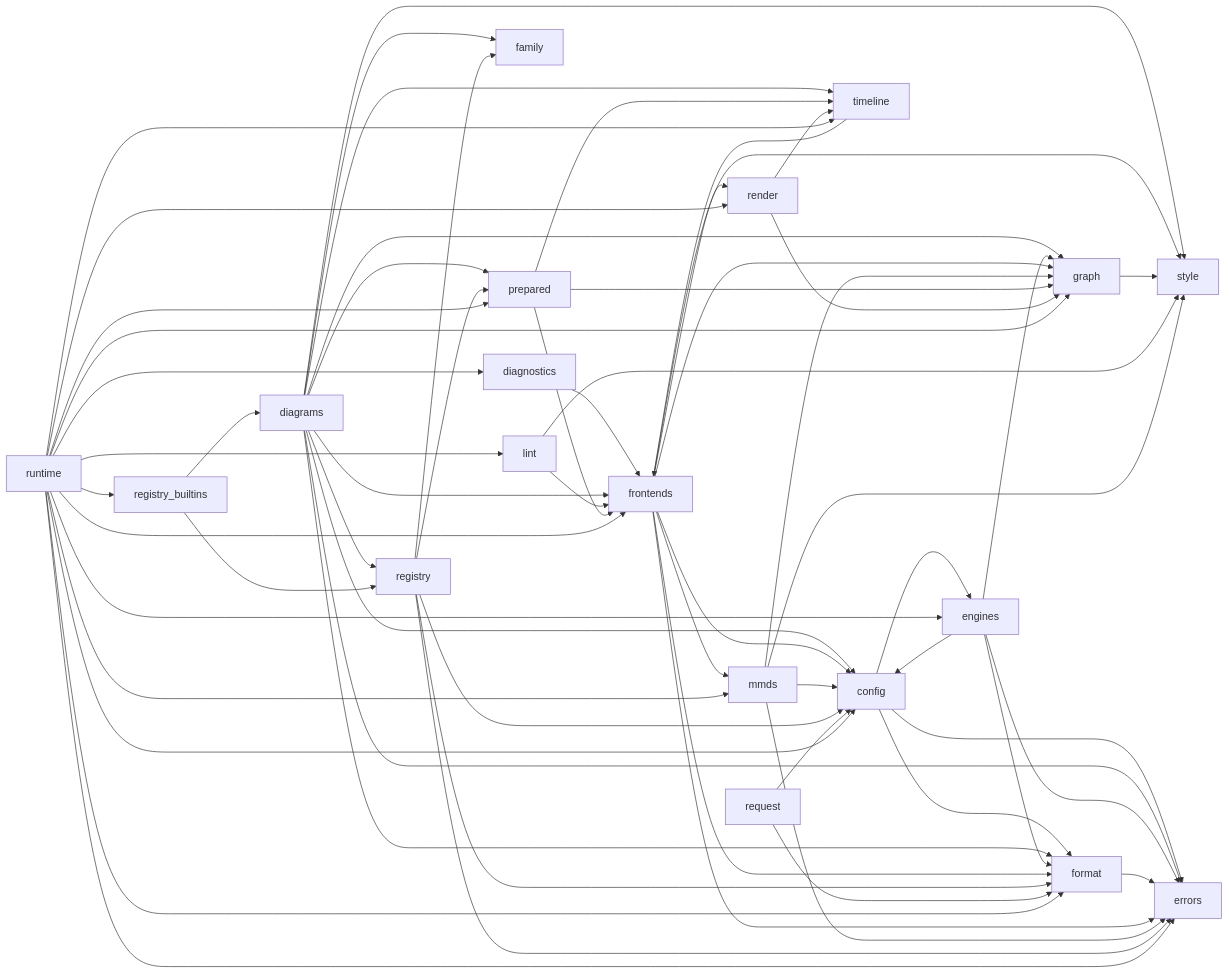
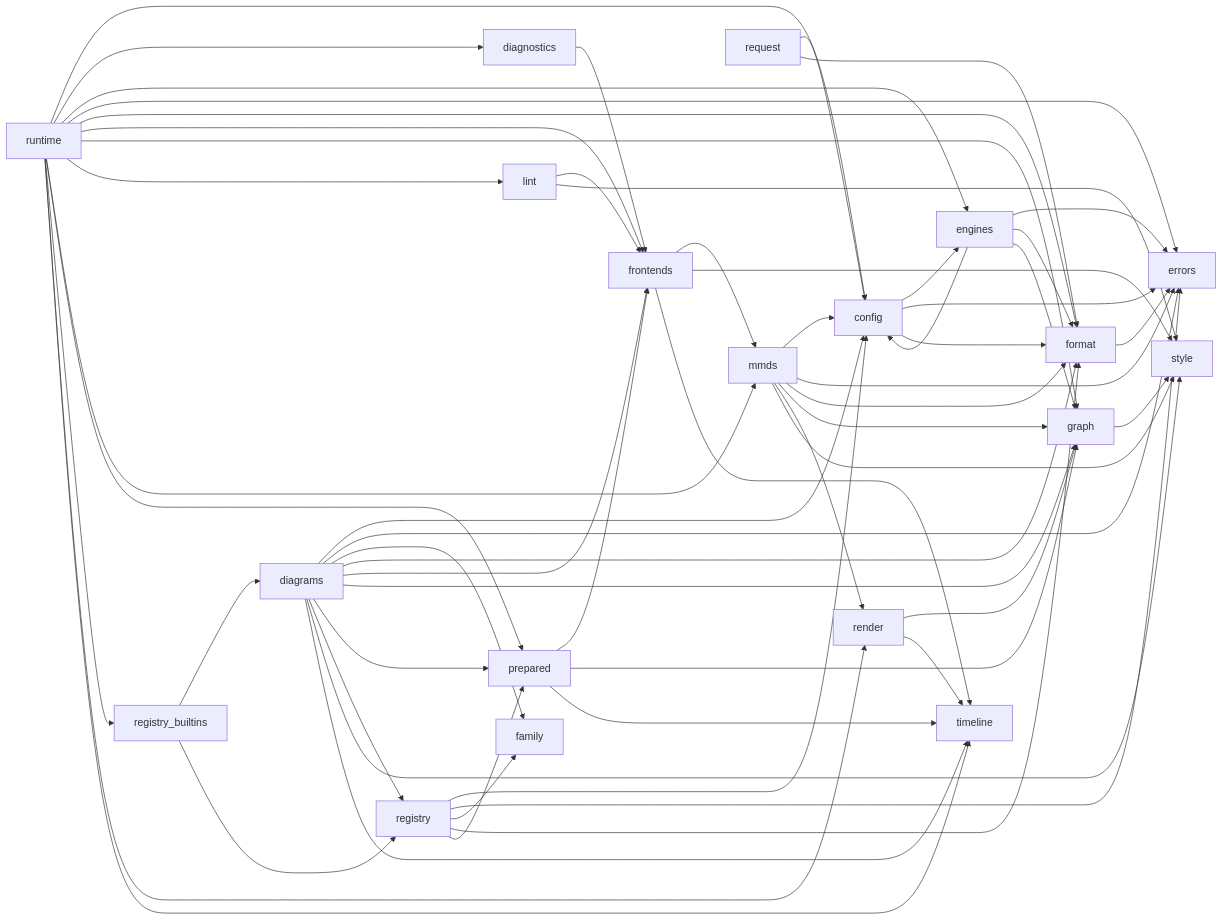
The diagram in docs/architecture/module-dependency-map.mmd (kevinswiber/mmdflux), drawn with Mermaid before and after one commit. The commit also changed 15 other files, not shown here.

Commit message:
Break the MMDS frontend/render/timeline cycle

```diff
--- a/docs/architecture/module-dependency-map.mmd
+++ b/docs/architecture/module-dependency-map.mmd
@@ -1,84 +1,81 @@
 %% Generated by scripts/generate-rust-module-deps.py
 %% crate-root: src/lib.rs
 %% max-depth: 1
 flowchart LR
     mod_config["config"]
     mod_diagnostics["diagnostics"]
     mod_diagrams["diagrams"]
     mod_engines["engines"]
     mod_errors["errors"]
     mod_family["family"]
     mod_format["format"]
     mod_frontends["frontends"]
     mod_graph["graph"]
     mod_lint["lint"]
     mod_mmds["mmds"]
     mod_prepared["prepared"]
     mod_registry["registry"]
     mod_registry_builtins["registry_builtins"]
     mod_render["render"]
     mod_request["request"]
     mod_runtime["runtime"]
     mod_style["style"]
     mod_timeline["timeline"]
     mod_config --> mod_engines
     mod_config --> mod_errors
     mod_config --> mod_format
     mod_diagnostics --> mod_frontends
     mod_diagrams --> mod_config
     mod_diagrams --> mod_errors
     mod_diagrams --> mod_family
     mod_diagrams --> mod_format
     mod_diagrams --> mod_frontends
     mod_diagrams --> mod_graph
     mod_diagrams --> mod_prepared
     mod_diagrams --> mod_registry
     mod_diagrams --> mod_style
     mod_diagrams --> mod_timeline
     mod_engines --> mod_config
     mod_engines --> mod_errors
     mod_engines --> mod_format
     mod_engines --> mod_graph
     mod_format --> mod_errors
-    mod_frontends --> mod_config
-    mod_frontends --> mod_errors
-    mod_frontends --> mod_format
-    mod_frontends --> mod_graph
     mod_frontends --> mod_mmds
-    mod_frontends --> mod_render
     mod_frontends --> mod_style
+    mod_frontends --> mod_timeline
     mod_graph --> mod_style
     mod_lint --> mod_frontends
     mod_lint --> mod_style
     mod_mmds --> mod_config
     mod_mmds --> mod_errors
+    mod_mmds --> mod_format
     mod_mmds --> mod_graph
+    mod_mmds --> mod_render
     mod_mmds --> mod_style
     mod_prepared --> mod_frontends
     mod_prepared --> mod_graph
     mod_prepared --> mod_timeline
     mod_registry --> mod_config
     mod_registry --> mod_errors
     mod_registry --> mod_family
     mod_registry --> mod_format
     mod_registry --> mod_prepared
     mod_registry_builtins --> mod_diagrams
     mod_registry_builtins --> mod_registry
     mod_render --> mod_graph
     mod_render --> mod_timeline
     mod_request --> mod_config
     mod_request --> mod_format
     mod_runtime --> mod_config
     mod_runtime --> mod_diagnostics
     mod_runtime --> mod_engines
     mod_runtime --> mod_errors
     mod_runtime --> mod_format
     mod_runtime --> mod_frontends
     mod_runtime --> mod_graph
     mod_runtime --> mod_lint
     mod_runtime --> mod_mmds
     mod_runtime --> mod_prepared
     mod_runtime --> mod_registry_builtins
     mod_runtime --> mod_render
     mod_runtime --> mod_timeline
-    mod_timeline --> mod_frontends
```
